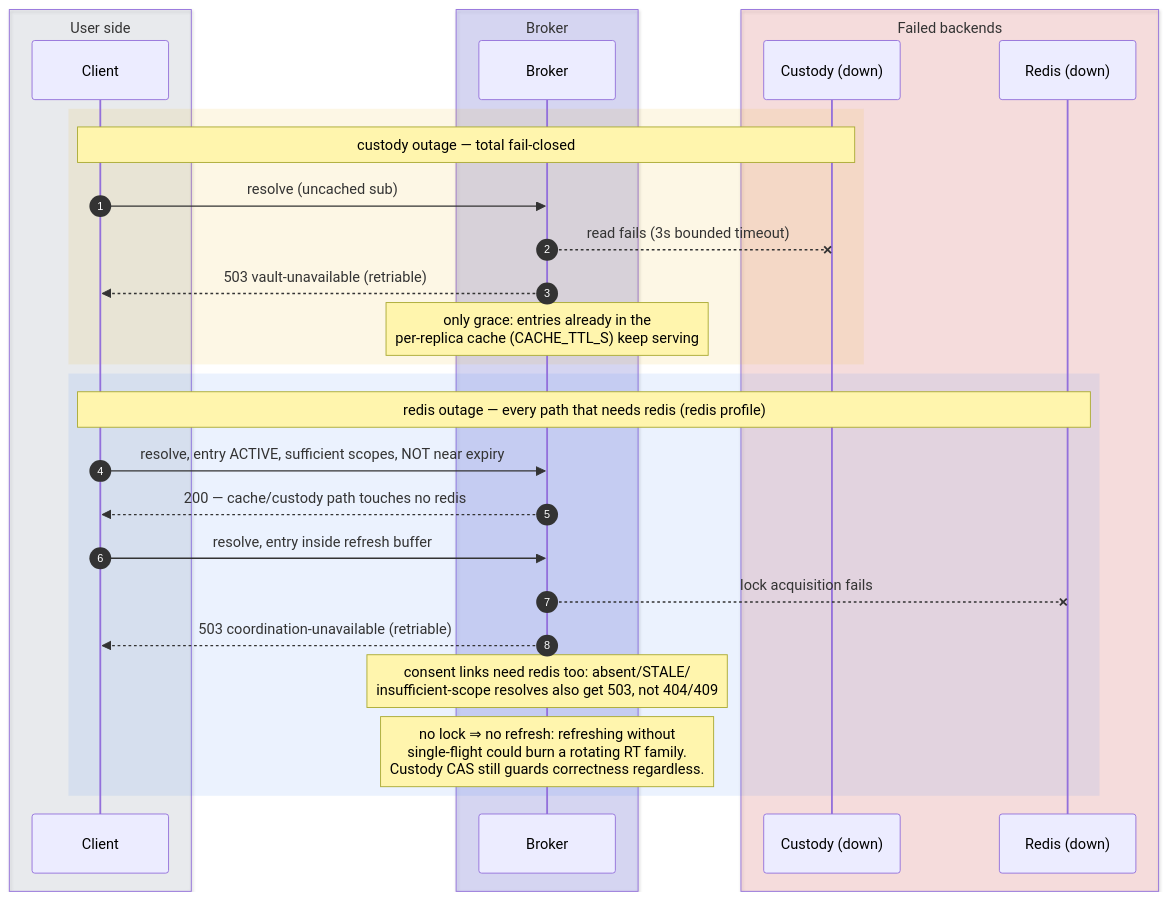
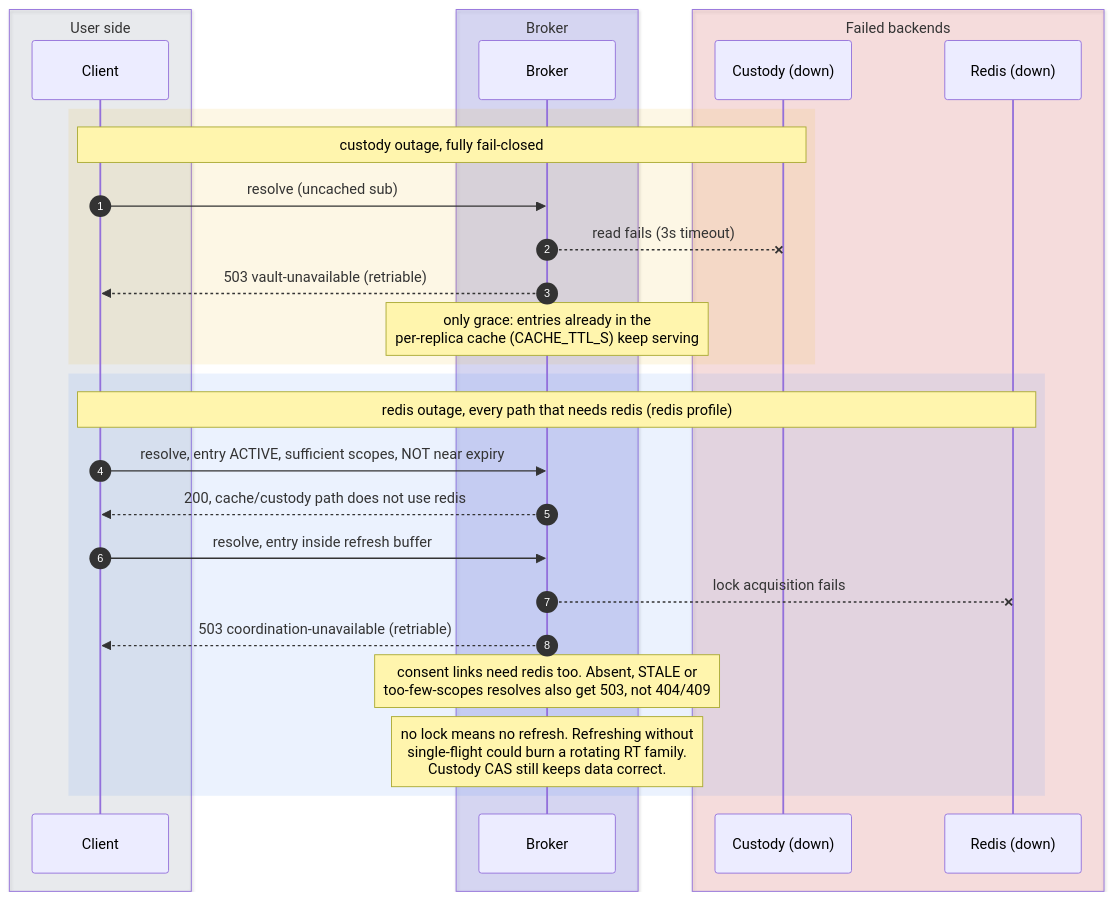
The tenth of 10 diagrams in docs/token-lifecycle.md (chief-builder/vendor-token-broker), drawn with Mermaid before and after one commit. The commit also changed other lines of this file and 14 other files, not shown here.

````diff
--- a/docs/token-lifecycle.md
+++ b/docs/token-lifecycle.md
@@ -441,33 +487,33 @@
 ```mermaid
 sequenceDiagram
     autonumber
     box rgba(148,163,184,0.14) User side
         participant C as Client
     end
     box rgba(99,102,241,0.20) Broker
         participant B as Broker
     end
     box rgba(239,68,68,0.14) Failed backends
         participant K as Custody (down)
         participant R as Redis (down)
     end
 
     rect rgba(234,179,8,0.10)
-        Note over C,K: custody outage — total fail-closed
+        Note over C,K: custody outage, fully fail-closed
         C->>B: resolve (uncached sub)
-        B--xK: read fails (3s bounded timeout)
+        B--xK: read fails (3s timeout)
         B-->>C: 503 vault-unavailable (retriable)
         Note over B: only grace: entries already in the<br/>per-replica cache (CACHE_TTL_S) keep serving
     end
 
     rect rgba(59,130,246,0.10)
-        Note over C,R: redis outage — every path that needs redis (redis profile)
+        Note over C,R: redis outage, every path that needs redis (redis profile)
         C->>B: resolve, entry ACTIVE, sufficient scopes, NOT near expiry
-        B-->>C: 200 — cache/custody path touches no redis
+        B-->>C: 200, cache/custody path does not use redis
         C->>B: resolve, entry inside refresh buffer
         B--xR: lock acquisition fails
         B-->>C: 503 coordination-unavailable (retriable)
-        Note over B: consent links need redis too: absent/STALE/<br/>insufficient-scope resolves also get 503, not 404/409
-        Note over B: no lock ⇒ no refresh: refreshing without<br/>single-flight could burn a rotating RT family.<br/>Custody CAS still guards correctness regardless.
+        Note over B: consent links need redis too. Absent, STALE or<br/>too-few-scopes resolves also get 503, not 404/409
+        Note over B: no lock means no refresh. Refreshing without<br/>single-flight could burn a rotating RT family.<br/>Custody CAS still keeps data correct.
     end
 ```
````
